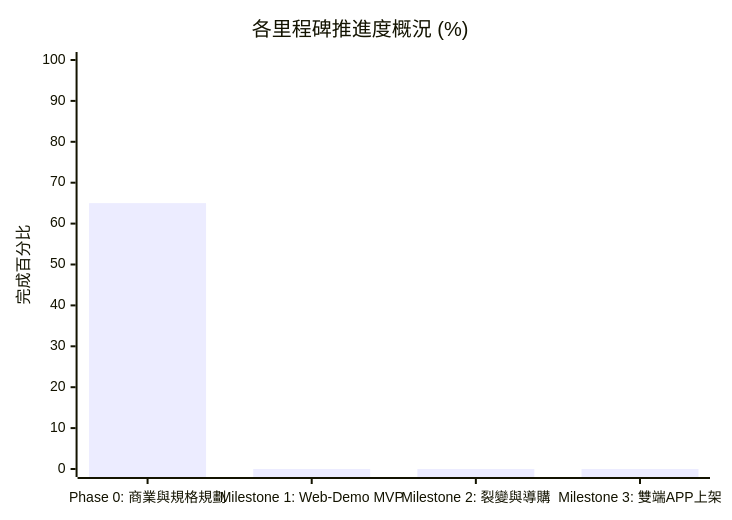
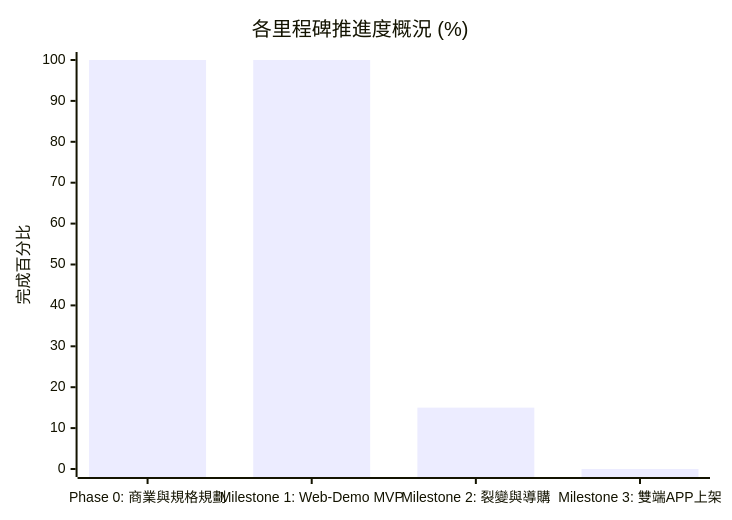
One commit to yuchienw/Fitmon changed the diagram in llm-wiki/PROJECT_STATE.md. Above: the diagram before and after it, drawn with Mermaid. The commit also changed other lines of this file and 28 other files, not shown here.

````diff
--- a/llm-wiki/PROJECT_STATE.md
+++ b/llm-wiki/PROJECT_STATE.md
@@ -63,7 +62,7 @@
 ```mermaid
 xychart-beta
     title "各里程碑推進度概況 (%)"
     x-axis ["Phase 0: 商業與規格規劃", "Milestone 1: Web-Demo MVP", "Milestone 2: 裂變與導購", "Milestone 3: 雙端APP上架"]
     y-axis "完成百分比" 0 --> 100
-    bar [65, 0, 0, 0]
+    bar [100, 100, 15, 0]
 ```
````
